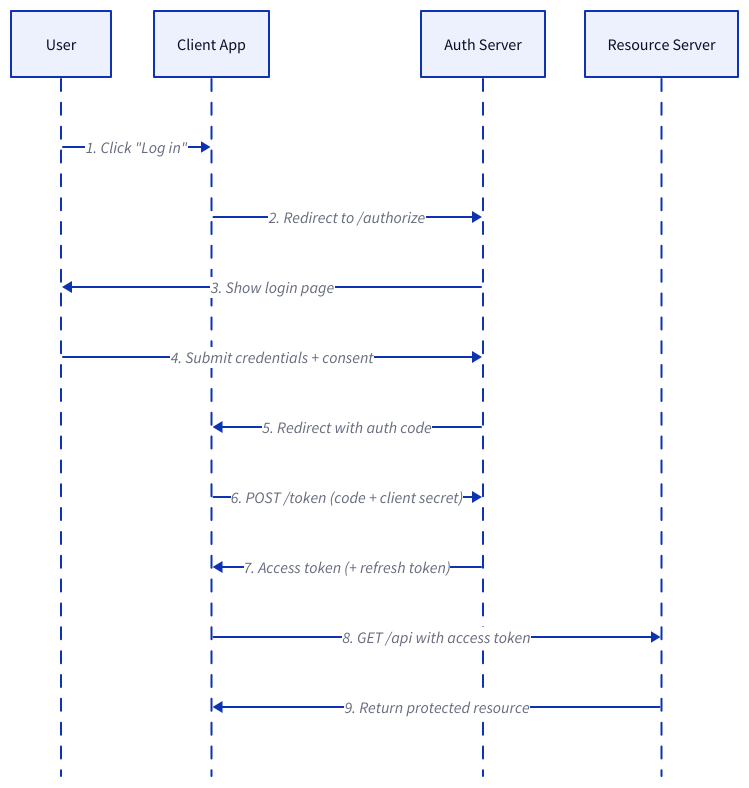
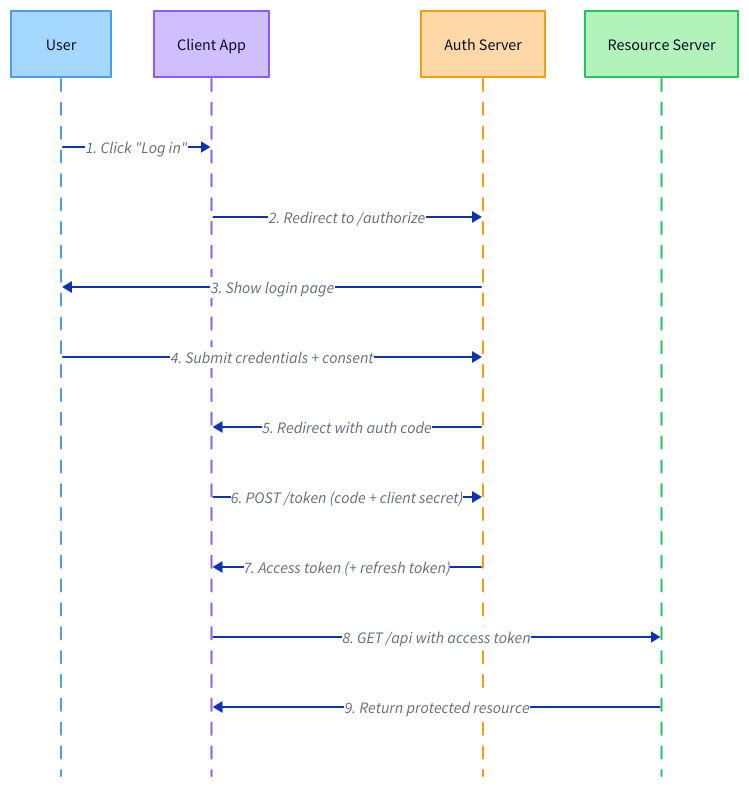
The diagram in docs/diagrams-comparison/d2/c-oauth-sequence.d2 (esciara/gascity), drawn with D2 before and after one commit. The commit also changed 10 other files, not shown here.

First line of the commit message:
docs(diagrams): port Excalidraw palette to Mermaid + D2; add Excalidraw setup guide

```diff
--- a/docs/diagrams-comparison/d2/c-oauth-sequence.d2
+++ b/docs/diagrams-comparison/d2/c-oauth-sequence.d2
@@ -1,16 +1,28 @@
 shape: sequence_diagram
 
-user: User
-client: Client App
-auth: Auth Server
-resource: Resource Server
+user: User {
+  style.fill: "#a5d8ff"
+  style.stroke: "#4a9eed"
+}
+client: Client App {
+  style.fill: "#d0bfff"
+  style.stroke: "#8b5cf6"
+}
+auth: Auth Server {
+  style.fill: "#ffd8a8"
+  style.stroke: "#f59e0b"
+}
+resource: Resource Server {
+  style.fill: "#b2f2bb"
+  style.stroke: "#22c55e"
+}
 
 user -> client: 1. Click "Log in"
 client -> auth: 2. Redirect to /authorize
 auth -> user: 3. Show login page
 user -> auth: 4. Submit credentials + consent
 auth -> client: 5. Redirect with auth code
 client -> auth: 6. POST /token (code + client secret)
 auth -> client: 7. Access token (+ refresh token)
 client -> resource: 8. GET /api with access token
 resource -> client: 9. Return protected resource
```
